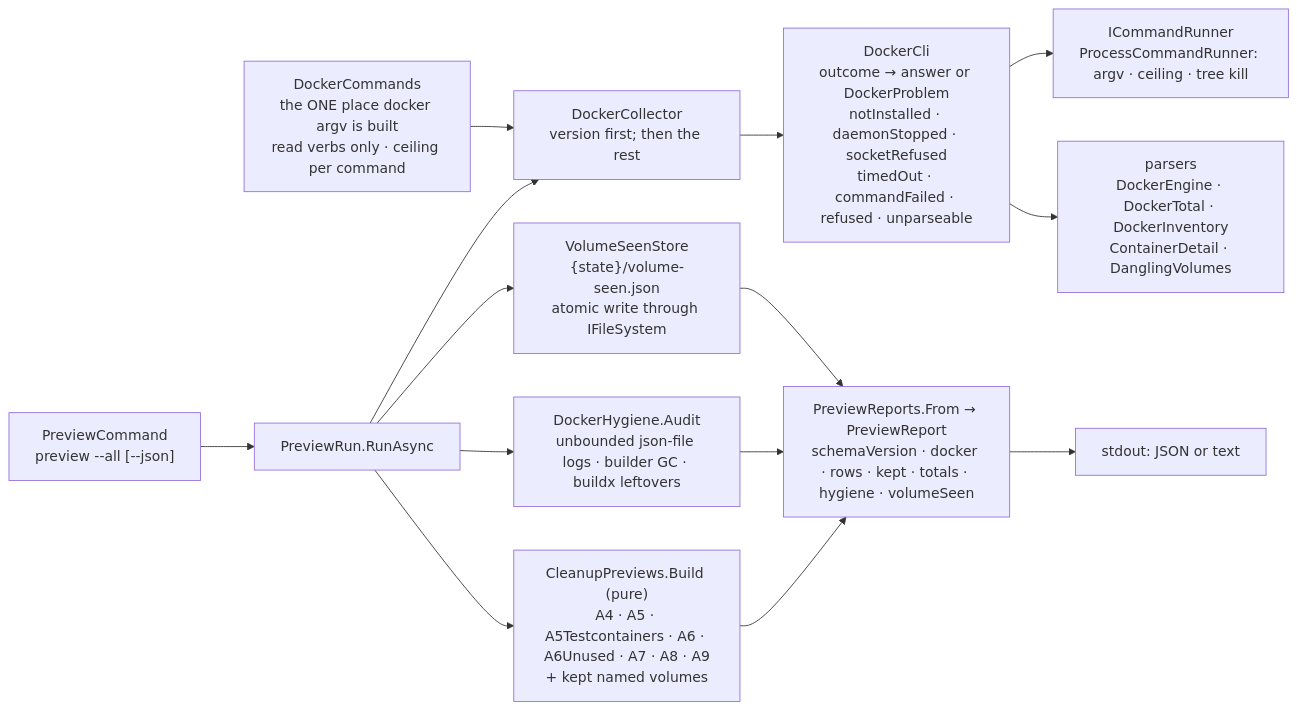
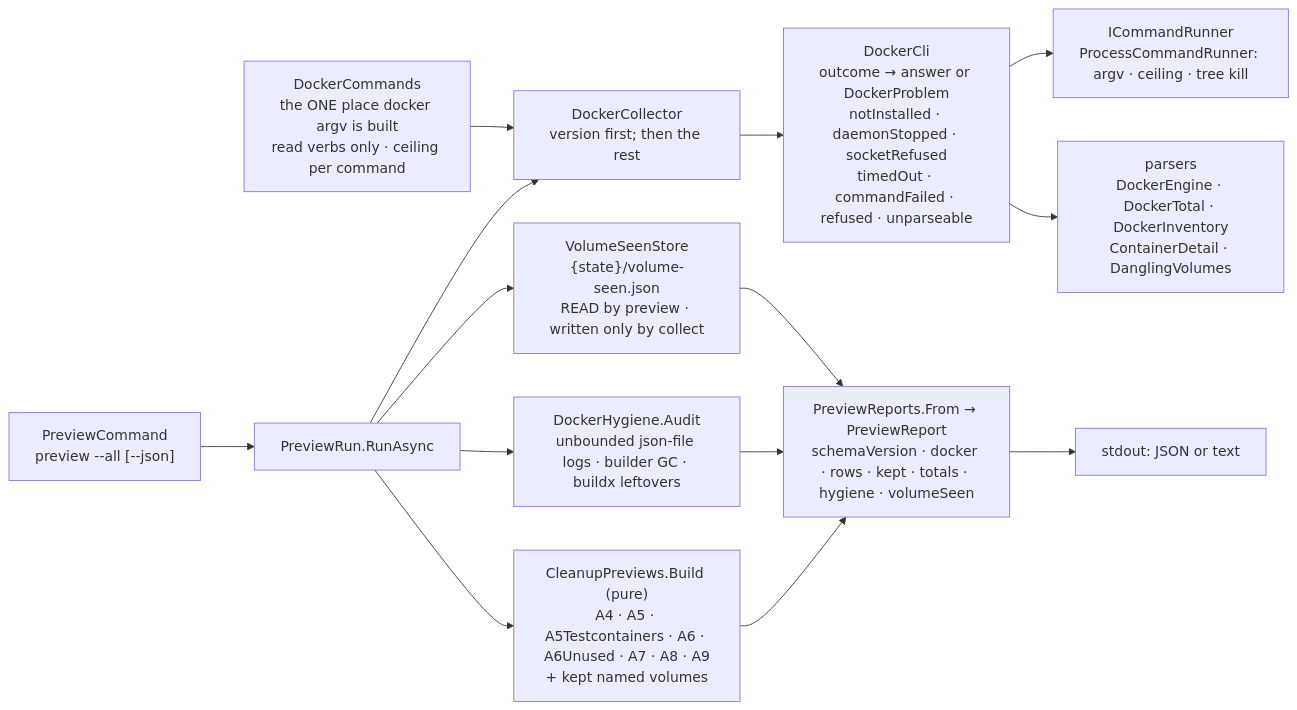
One commit to oleksandrdubyna88/wsl_care changed the third of 10 diagrams in research/architecture.md. Above: the diagram before and after it, drawn with Mermaid. The commit also changed other lines of this file and 27 other files, not shown here.

````diff
--- a/research/architecture.md
+++ b/research/architecture.md
@@ -251,26 +251,26 @@
 ```mermaid
 flowchart LR
     verb["PreviewCommand<br/>preview --all [--json]"]
     run["PreviewRun.RunAsync"]
     collector["DockerCollector<br/>version first; then the rest"]
     cli["DockerCli<br/>outcome → answer or DockerProblem<br/>notInstalled · daemonStopped · socketRefused<br/>timedOut · commandFailed · refused · unparseable"]
     cmds["DockerCommands<br/>the ONE place docker argv is built<br/>read verbs only · ceiling per command"]
     runner["ICommandRunner<br/>ProcessCommandRunner: argv · ceiling · tree kill"]
     parsers["parsers<br/>DockerEngine · DockerTotal · DockerInventory<br/>ContainerDetail · DanglingVolumes"]
-    seen["VolumeSeenStore<br/>{state}/volume-seen.json<br/>atomic write through IFileSystem"]
+    seen["VolumeSeenStore<br/>{state}/volume-seen.json<br/>READ by preview · written only by collect"]
     rows["CleanupPreviews.Build (pure)<br/>A4 · A5 · A5Testcontainers · A6 · A6Unused · A7 · A8 · A9<br/>+ kept named volumes"]
     hygiene["DockerHygiene.Audit<br/>unbounded json-file logs · builder GC · buildx leftovers"]
     report["PreviewReports.From → PreviewReport<br/>schemaVersion · docker · rows · kept · totals · hygiene · volumeSeen"]
     out["stdout: JSON or text"]
 
     verb --> run --> collector --> cli --> runner
     cmds --> collector
     cli --> parsers
     run --> seen
     run --> rows
     run --> hygiene
     rows --> report
     hygiene --> report
     seen --> report
     report --> out
 ```
````
